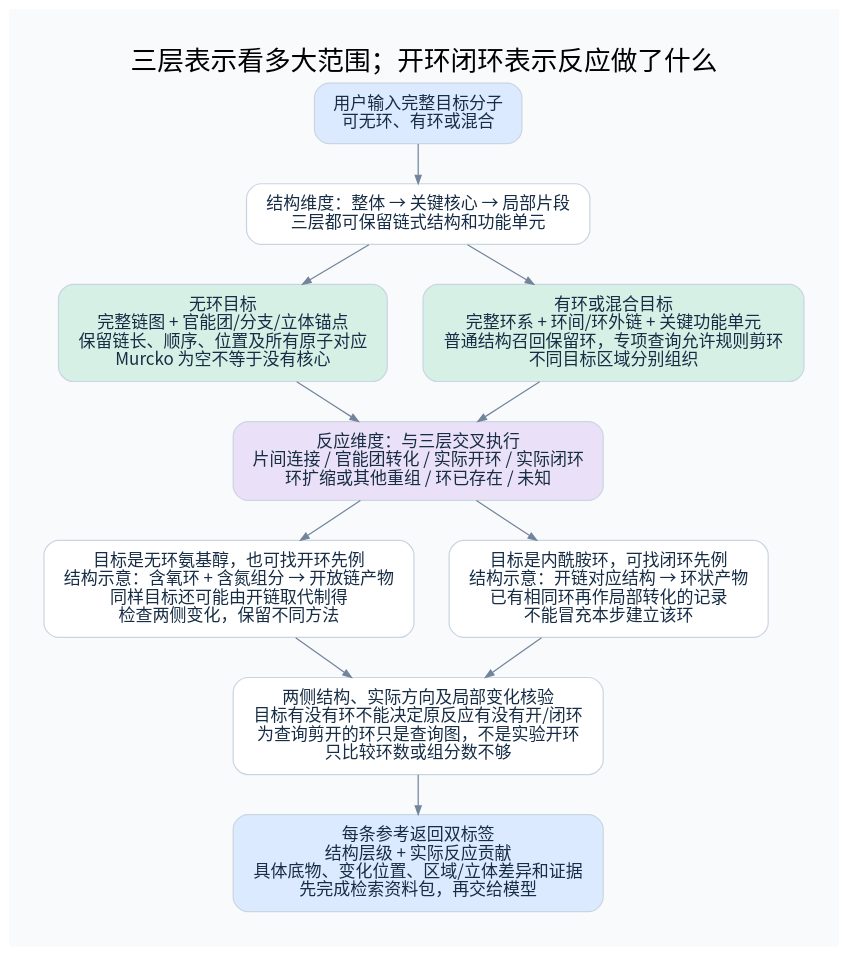
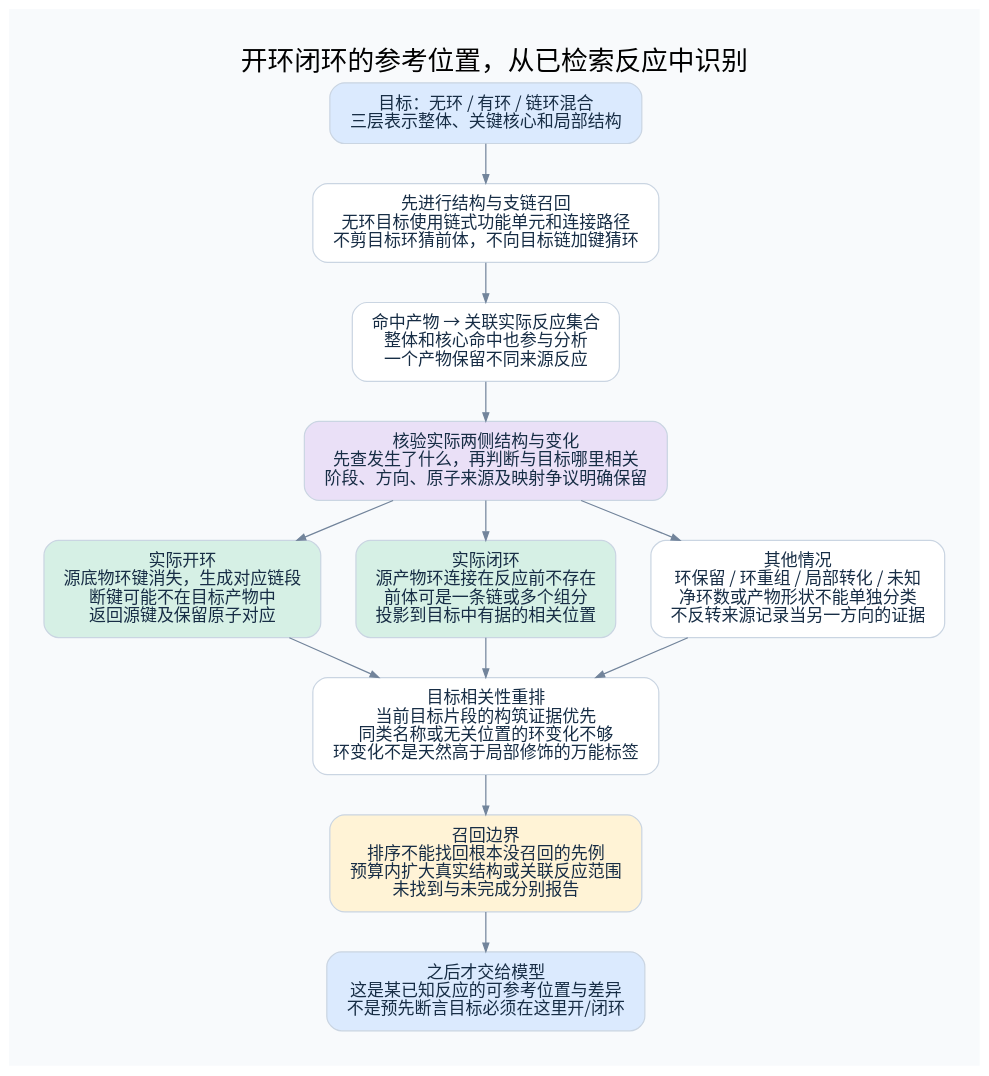
The diagram in diagrams/topology-search.dot (825728139/substructure_search), drawn with Graphviz before and after one commit. The commit also changed 17 other files, not shown here.

```diff
--- a/diagrams/topology-search.dot
+++ b/diagrams/topology-search.dot
@@ -1,45 +1,46 @@
 digraph G {
 
 graph [rankdir=TB, bgcolor="#F8FAFC", pad="0.4", nodesep="0.40", ranksep="0.46", fontname="Noto Sans CJK SC", fontsize=22, labelloc=t];
 node [shape=box, style="rounded,filled", fillcolor="white", color="#CAD5E2", fontcolor="#172D45", fontname="Noto Sans CJK SC", fontsize=14, margin="0.20,0.14"];
 edge [color="#72849B", arrowsize=0.7, fontname="Noto Sans CJK SC", fontsize=11, fontcolor="#526477"];
 
-label="三层表示看多大范围；开环闭环表示反应做了什么";
-a [label="用户输入完整目标分子
-可无环、有环或混合", fillcolor="#DBEAFE"];
-s [label="结构维度：整体 → 关键核心 → 局部片段
-三层都可保留链式结构和功能单元"];
-acyclic [label="无环目标
-完整链图 + 官能团/分支/立体锚点
-保留链长、顺序、位置及所有原子对应
-Murcko 为空不等于没有核心", fillcolor="#D6F0E5"];
-cyclic [label="有环或混合目标
-完整环系 + 环间/环外链 + 关键功能单元
-普通结构召回保留环，专项查询允许规则剪环
-不同目标区域分别组织", fillcolor="#D6F0E5"];
-channels [label="反应维度：与三层交叉执行
-片间连接 / 官能团转化 / 实际开环 / 实际闭环
-环扩缩或其他重组 / 环已存在 / 未知", fillcolor="#EAE0F7"];
-open [label="目标是无环氨基醇，也可找开环先例
-结构示意：含氧环 + 含氮组分 → 开放链产物
-同样目标还可能由开链取代制得
-检查两侧变化，保留不同方法"];
-close [label="目标是内酰胺环，可找闭环先例
-结构示意：开链对应结构 → 环状产物
-已有相同环再作局部转化的记录
-不能冒充本步建立该环"];
-review [label="两侧结构、实际方向及局部变化核验
-目标有没有环不能决定原反应有没有开/闭环
-为查询剪开的环只是查询图，不是实验开环
-只比较环数或组分数不够"];
-output [label="每条参考返回双标签
-结构层级 + 实际反应贡献
-具体底物、变化位置、区域/立体差异和证据
-先完成检索资料包，再交给模型", fillcolor="#DBEAFE"];
-a -> s;
-s -> acyclic; s -> cyclic;
-acyclic -> channels; cyclic -> channels;
-channels -> open; channels -> close;
-open -> review; close -> review;
-review -> output;
+label="开环闭环的参考位置，从已检索反应中识别";
+a [label="目标：无环 / 有环 / 链环混合
+三层表示整体、关键核心和局部结构", fillcolor="#DBEAFE"];
+b [label="先进行结构与支链召回
+无环目标使用链式功能单元和连接路径
+不剪目标环猜前体，不向目标链加键猜环"];
+c [label="命中产物 → 关联实际反应集合
+整体和核心命中也参与分析
+一个产物保留不同来源反应"];
+d [label="核验实际两侧结构与变化
+先查发生了什么，再判断与目标哪里相关
+阶段、方向、原子来源及映射争议明确保留", fillcolor="#EAE0F7"];
+o [label="实际开环
+源底物环键消失，生成对应链段
+断键可能不在目标产物中
+返回源键及保留原子对应", fillcolor="#D6F0E5"];
+cl [label="实际闭环
+源产物环连接在反应前不存在
+前体可是一条链或多个组分
+投影到目标中有据的相关位置", fillcolor="#D6F0E5"];
+x [label="其他情况
+环保留 / 环重组 / 局部转化 / 未知
+净环数或产物形状不能单独分类
+不反转来源记录当另一方向的证据"];
+r [label="目标相关性重排
+当前目标片段的构筑证据优先
+同类名称或无关位置的环变化不够
+环变化不是天然高于局部修饰的万能标签"];
+f [label="召回边界
+排序不能找回根本没召回的先例
+预算内扩大真实结构或关联反应范围
+未找到与未完成分别报告", fillcolor="#FFF3D6"];
+end_result [label="之后才交给模型
+这是某已知反应的可参考位置与差异
+不是预先断言目标必须在这里开/闭环", fillcolor="#DBEAFE"];
+a -> b -> c -> d;
+d -> o; d -> cl; d -> x;
+o -> r; cl -> r; x -> r;
+r -> f -> end_result;
 }
```
